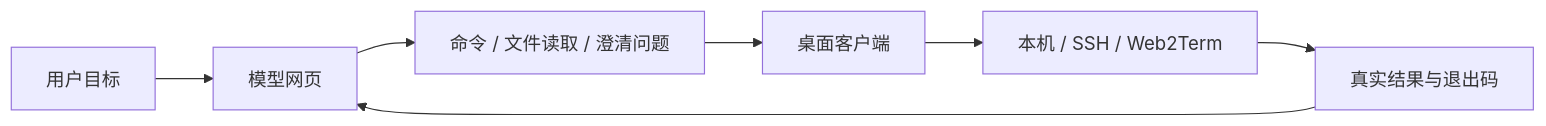
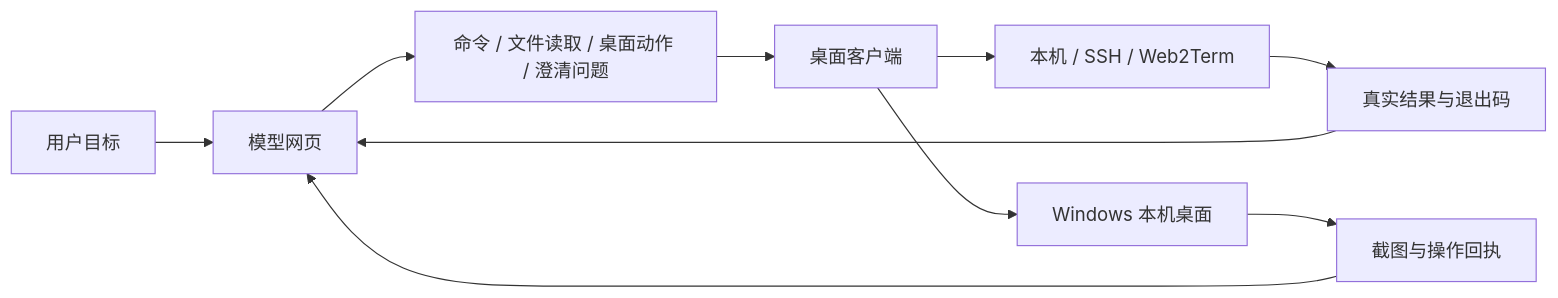
Before and after one commit to naledao/Web2Term: the first of 2 diagrams in README.md, drawn with Mermaid. The commit also changed other lines of this file and 52 other files, not shown here.

````diff
--- a/README.md
+++ b/README.md
@@ -42,9 +42,12 @@
 ```mermaid
 flowchart LR
   U[用户目标] --> M[模型网页]
-  M --> R[命令 / 文件读取 / 澄清问题]
+  M --> R[命令 / 文件读取 / 桌面动作 / 澄清问题]
   R --> C[桌面客户端]
   C --> T[本机 / SSH / Web2Term]
   T --> O[真实结果与退出码]
   O --> M
+  C --> D[Windows 本机桌面]
+  D --> S[截图与操作回执]
+  S --> M
 ```
````
